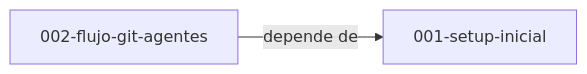
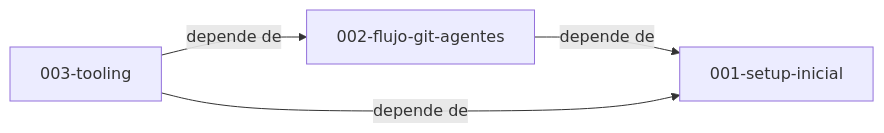
The diagram in docs/specs/README.md (DavidSlva/financial-risk-manager), drawn with Mermaid before and after one commit. The commit also changed other lines of this file and 45 other files, not shown here.

````diff
--- a/docs/specs/README.md
+++ b/docs/specs/README.md
@@ -14,6 +15,9 @@
 ```mermaid
 graph LR
   S001[001-setup-inicial]
   S002[002-flujo-git-agentes]
+  S003[003-tooling]
   S002 -->|depende de| S001
+  S003 -->|depende de| S001
+  S003 -->|depende de| S002
 ```
````
